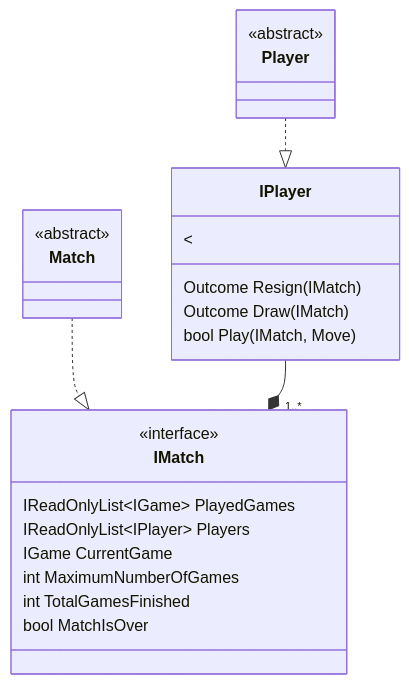
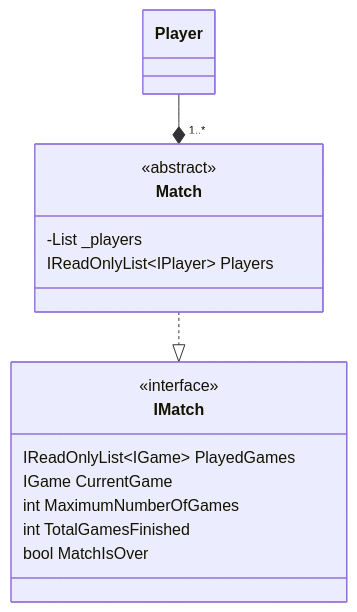
Before and after one commit to JeanLColombo/Mate: the diagram in docs/UML/Core/Match.md, drawn with Mermaid. The commit also changed 1 other file, not shown here.

Commit message:
Changed player and match design

````diff
--- a/docs/UML/Core/Match.md
+++ b/docs/UML/Core/Match.md
@@ -6,27 +6,18 @@
 ```mermaid
     classDiagram
     class IMatch{
         <<interface>>
         IReadOnlyList~IGame~ PlayedGames
-        IReadOnlyList~IPlayer~ Players 
         IGame CurrentGame
         int MaximumNumberOfGames
         int TotalGamesFinished
         bool MatchIsOver
     }
     class Match{
         <<abstract>>
-    }
-    class IPlayer{
-        <<interface>
-        Outcome Resign(IMatch)
-        Outcome Draw(IMatch)
-        bool Play(IMatch, Move)
-    }
-    class Player{
-        <<abstract>>
+        -List<Player> _players
+        IReadOnlyList~IPlayer~ Players 
     }
     Match ..|> IMatch
-    IPlayer --* "1..*" IMatch
-    Player ..|> IPlayer
+    Player --* "1..*" Match
 ```
````
